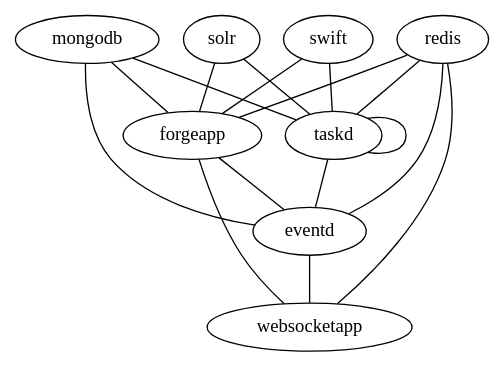
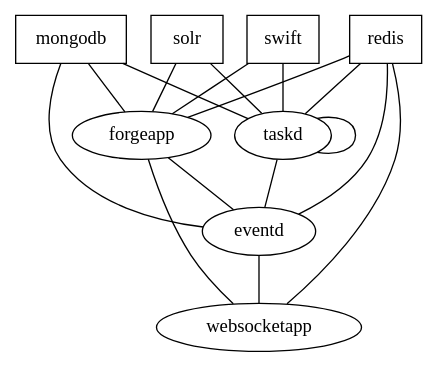
The diagram in docs/source/component_services.dot (vulcan-collaboration/vulcanforge), drawn with Graphviz before and after one commit. The commit also changed 115 other files, not shown here.

```diff
--- a/docs/source/component_services.dot
+++ b/docs/source/component_services.dot
@@ -1,27 +1,39 @@
 graph component_services {
     rankdir=BT;
+    node [
+        shape=box
+    ] {
+        mongodb,
+        redis,
+        solr,
+        swift
+    }
+    node [
+        shape=oval
+    ]
+
     forgeapp -- {
         mongodb,
         redis,
         solr,
         swift
     };
     taskd -- {
         mongodb,
         redis,
         solr,
         taskd,
         swift
     };
     eventd -- {
         mongodb,
         redis,
         forgeapp,
         taskd
     };
     websocketapp -- {
         redis,
         eventd,
         forgeapp
     };
 }
```
